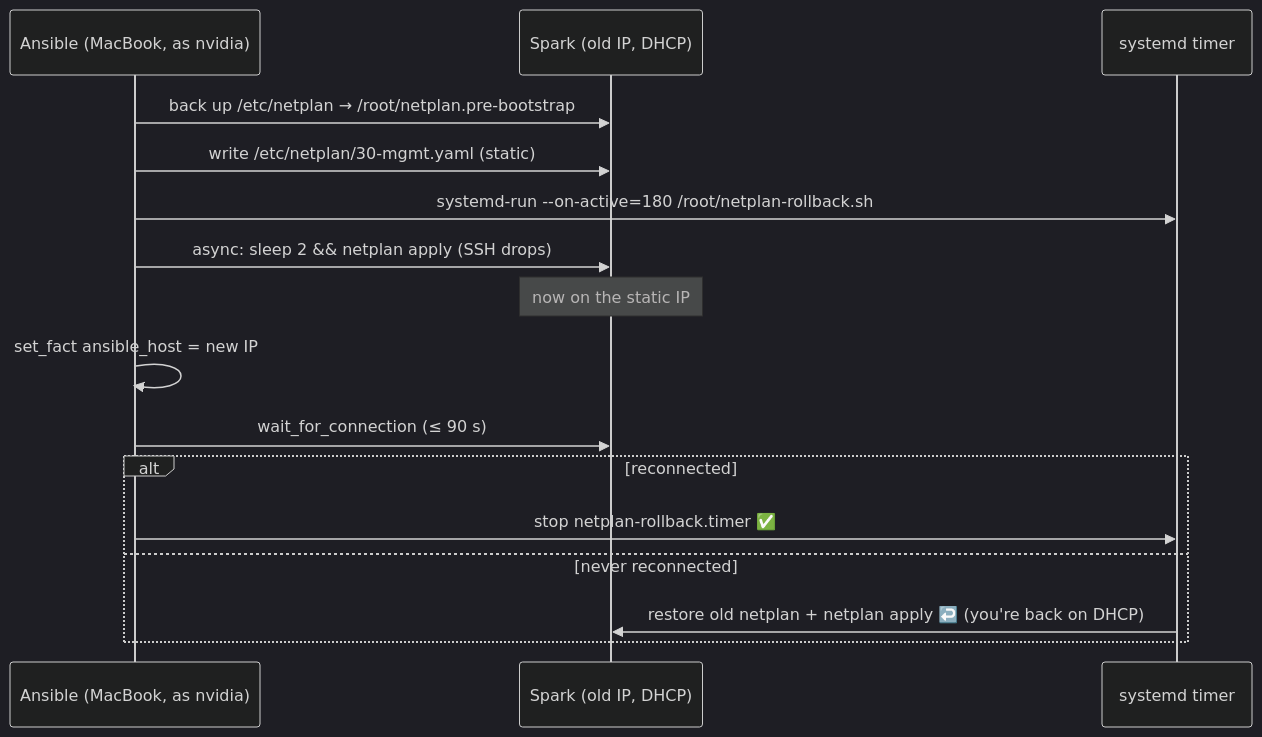
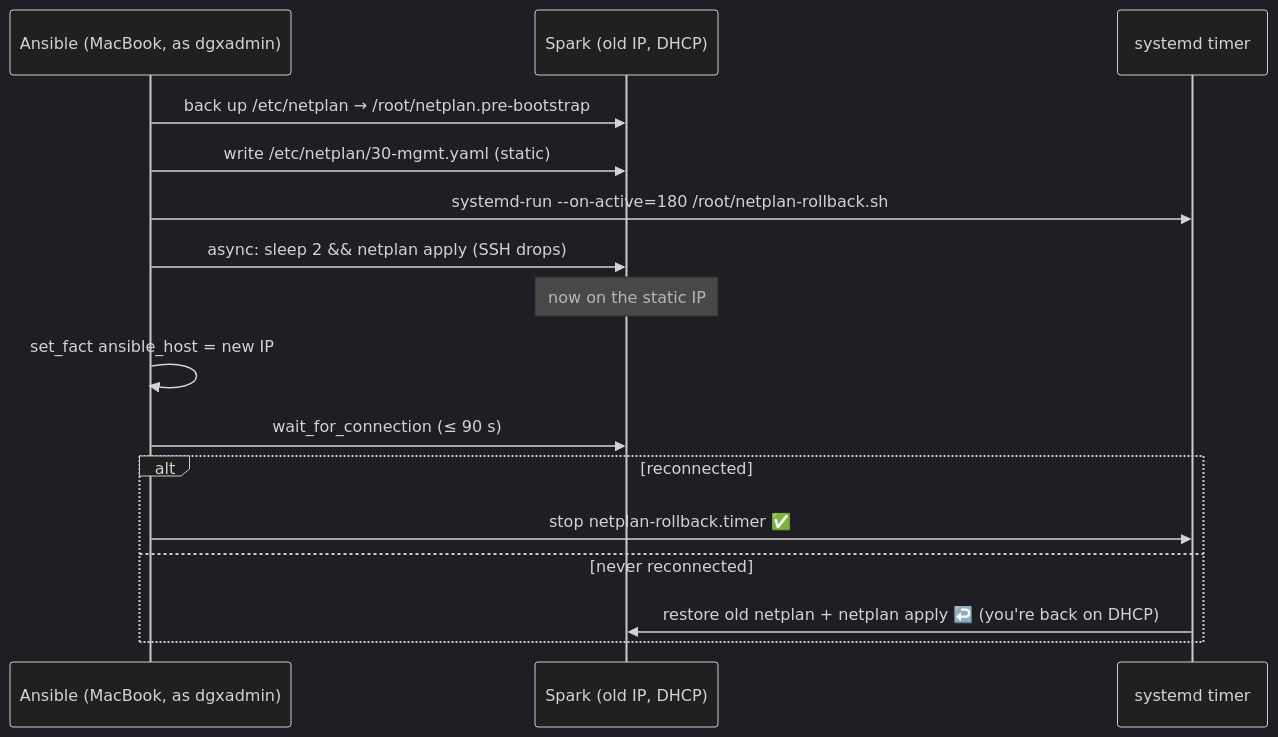
One commit to cloudone365/technical-depth changed the third of 4 diagrams in 01 Ansible/03-bare-metal-provisioning-and-bootstrap.md. Above: the diagram before and after it, drawn with Mermaid (dark theme). The commit also changed other lines of this file and 42 other files, not shown here.

First line of the commit message:
Admin user on the Spark is dgxadmin (matches ansible.cfg remote_user)

````diff
--- a/01 Ansible/03-bare-metal-provisioning-and-bootstrap.md
+++ b/01 Ansible/03-bare-metal-provisioning-and-bootstrap.md
@@ -65,18 +65,18 @@
 ```mermaid
 sequenceDiagram
-  participant A as Ansible (MacBook, as nvidia)
+  participant A as Ansible (MacBook, as dgxadmin)
   participant S as Spark (old IP, DHCP)
   participant T as systemd timer
   A->>S: back up /etc/netplan → /root/netplan.pre-bootstrap
   A->>S: write /etc/netplan/30-mgmt.yaml (static)
   A->>T: systemd-run --on-active=180 /root/netplan-rollback.sh
   A->>S: async: sleep 2 && netplan apply   (SSH drops)
   Note over S: now on the static IP
   A->>A: set_fact ansible_host = new IP
   A->>S: wait_for_connection (≤ 90 s)
   alt reconnected
     A->>T: stop netplan-rollback.timer  ✅
   else never reconnected
     T->>S: restore old netplan + netplan apply  ↩️ (you're back on DHCP)
   end
 ```
````
